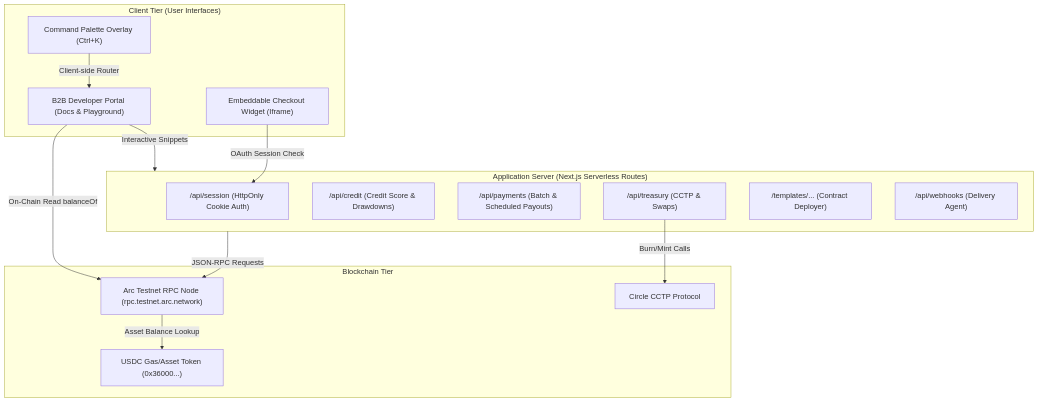
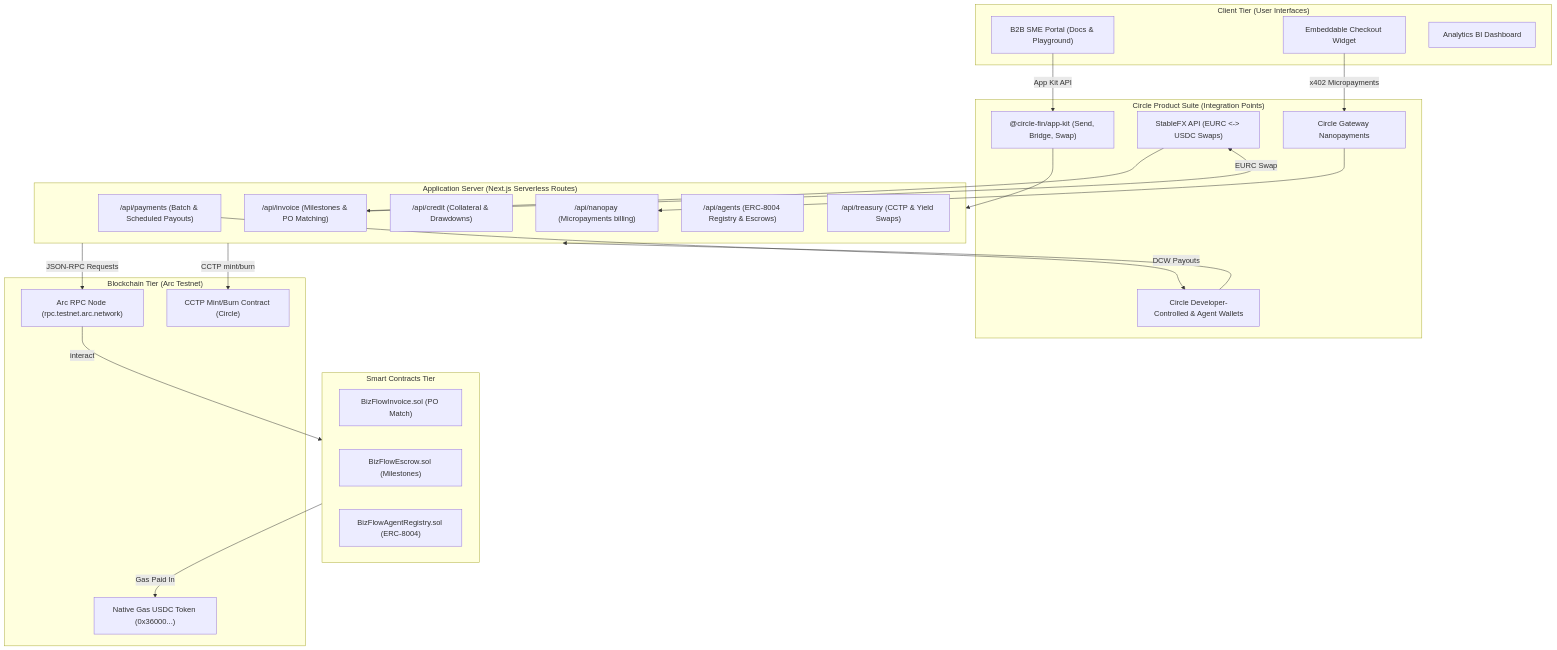
Before and after one commit to duongnq2798eth-ai/BizFlow: the first of 5 diagrams in README.md, drawn with Mermaid. The commit also changed other lines of this file, not shown here.

Commit message:
docs: update system architecture topology and Circle developer platform feedback

````diff
--- a/README.md
+++ b/README.md
@@ -14,34 +14,51 @@
 ```mermaid
 flowchart TD
-    %% Define Nodes
     subgraph Clients["Client Tier (User Interfaces)"]
-        Dev["B2B Developer Portal (Docs & Playground)"]
-        Widget["Embeddable Checkout Widget (Iframe)"]
-        Palette["Command Palette Overlay (Ctrl+K)"]
+        Portal["B2B SME Portal (Docs & Playground)"]
+        Widget["Embeddable Checkout Widget"]
+        Analytics["Analytics BI Dashboard"]
+    end
+
+    subgraph CirclePlatform["Circle Product Suite (Integration Points)"]
+        AppKit["@circle-fin/app-kit (Send, Bridge, Swap)"]
+        Gateway["Circle Gateway Nanopayments"]
+        Wallets["Circle Developer-Controlled & Agent Wallets"]
+        StableFX["StableFX API (EURC <-> USDC Swaps)"]
     end
 
     subgraph API_Gateway["Application Server (Next.js Serverless Routes)"]
-        SessionAPI["/api/session (HttpOnly Cookie Auth)"]
-        CreditAPI["/api/credit (Credit Score & Drawdowns)"]
         PaymentsAPI["/api/payments (Batch & Scheduled Payouts)"]
-        TreasuryAPI["/api/treasury (CCTP & Swaps)"]
-        TemplatesAPI["/templates/... (Contract Deployer)"]
-        WebhookHub["/api/webhooks (Delivery Agent)"]
+        InvoiceAPI["/api/invoice (Milestones & PO Matching)"]
+        EscrowAPI["/api/credit (Collateral & Drawdowns)"]
+        NanopayAPI["/api/nanopay (Micropayments billing)"]
+        AgentsAPI["/api/agents (ERC-8004 Registry & Escrows)"]
+        TreasuryAPI["/api/treasury (CCTP & Yield Swaps)"]
     end
 
-    subgraph Network["Blockchain Tier"]
-        ArcRPC["Arc Testnet RPC Node (rpc.testnet.arc.network)"]
-        USDC_Contract["USDC Gas/Asset Token (0x36000...)"]
-        CCTP["Circle CCTP Protocol"]
+    subgraph Contracts["Smart Contracts Tier"]
+        InvoiceContract["BizFlowInvoice.sol (PO Match)"]
+        EscrowContract["BizFlowEscrow.sol (Milestones)"]
+        AgentRegistry["BizFlowAgentRegistry.sol (ERC-8004)"]
     end
 
-    %% Define Interactions
-    Dev -->|Interactive Snippets| API_Gateway
-    Widget -->|OAuth Session Check| SessionAPI
-    Palette -->|Client-side Router| Dev
-    
+    subgraph Network["Blockchain Tier (Arc Testnet)"]
+        ArcRPC["Arc RPC Node (rpc.testnet.arc.network)"]
+        USDC_Contract["Native Gas USDC Token (0x36000...)"]
+        CCTPNative["CCTP Mint/Burn Contract (Circle)"]
+    end
+
+    Portal -->|App Kit API| AppKit
+    Widget -->|x402 Micropayments| Gateway
+    PaymentsAPI -->|DCW Payouts| Wallets
+    InvoiceAPI -->|EURC Swap| StableFX
+
+    AppKit --> API_Gateway
+    Gateway --> NanopayAPI
+    Wallets --> API_Gateway
+    StableFX --> InvoiceAPI
+
     API_Gateway -->|JSON-RPC Requests| ArcRPC
-    Dev -->|On-Chain Read balanceOf| ArcRPC
-    ArcRPC -->|Asset Balance Lookup| USDC_Contract
-    TreasuryAPI -->|Burn/Mint Calls| CCTP
+    ArcRPC -->|interact| Contracts
+    Contracts -->|Gas Paid In| USDC_Contract
+    API_Gateway -->|CCTP mint/burn| CCTPNative
 ```
````
